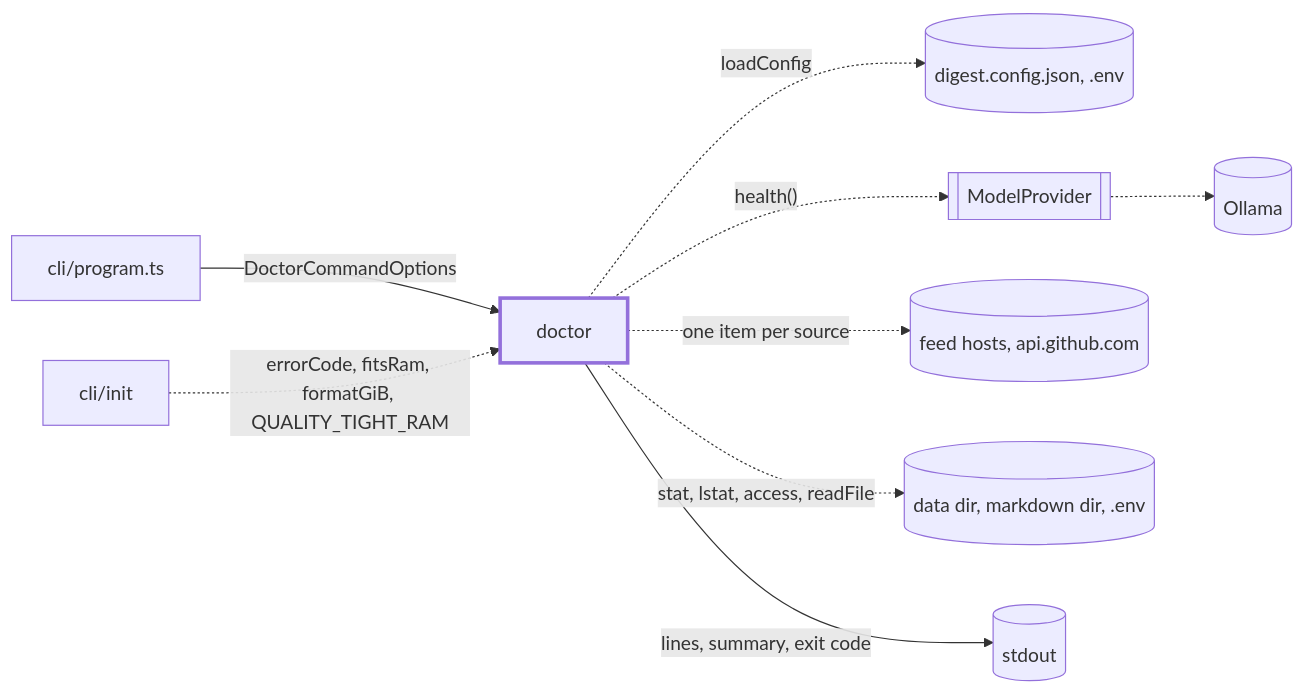
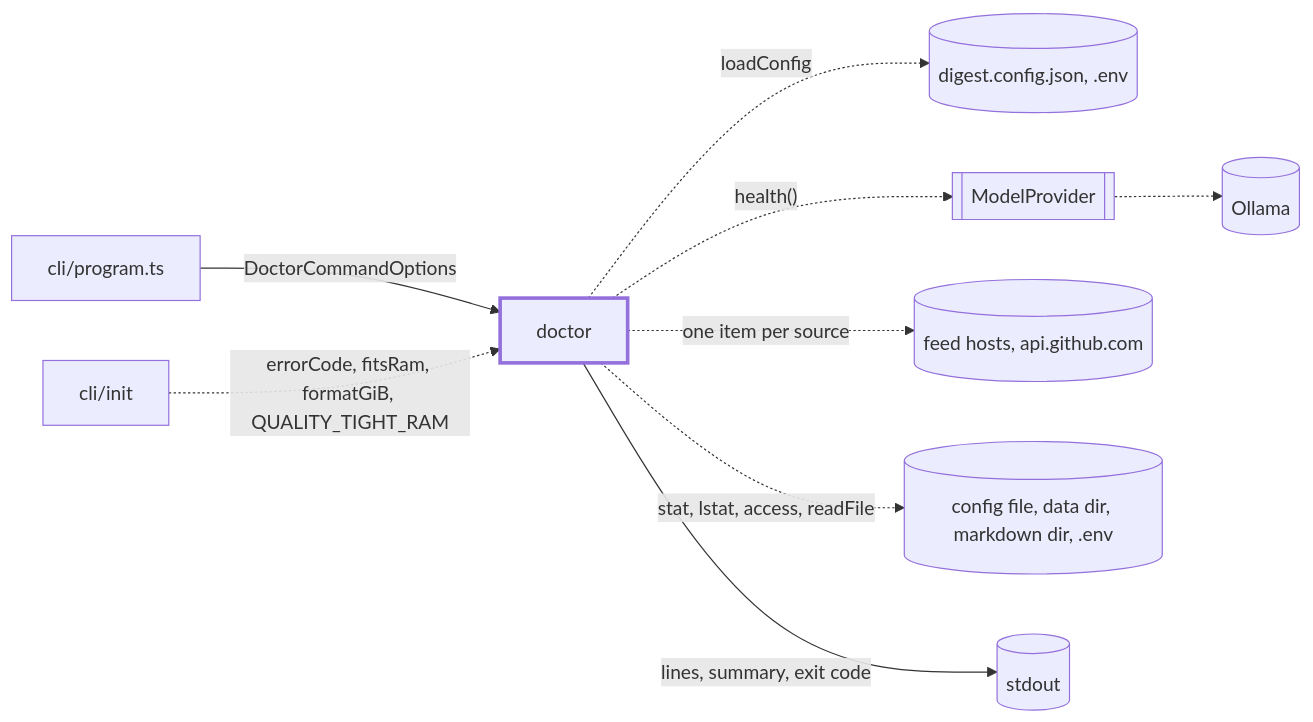
One commit to odere-pro/weekly-engineering-digest-agent changed the first of 2 diagrams in src/cli/doctor/CLAUDE.md. Above: the diagram before and after it, drawn with Mermaid. The commit also changed other lines of this file and 33 other files, not shown here.

````diff
--- a/src/cli/doctor/CLAUDE.md
+++ b/src/cli/doctor/CLAUDE.md
@@ -10,11 +10,11 @@
 ```mermaid
 flowchart LR
   program["cli/program.ts"] -->|"DoctorCommandOptions"| doctor:::focus
   doctor -.->|"loadConfig"| cfg[("digest.config.json, .env")]
   doctor -.->|"health()"| mp[[ModelProvider]] -.-> ollama[(Ollama)]
   doctor -.->|"one item per source"| feeds[("feed hosts, api.github.com")]
-  doctor -.->|"stat, lstat, access, readFile"| disk[("data dir, markdown dir, .env")]
+  doctor -.->|"stat, lstat, access, readFile"| disk[("config file, data dir, markdown dir, .env")]
   doctor -->|"lines, summary, exit code"| out[("stdout")]
   init["cli/init"] -.->|"errorCode, fitsRam, formatGiB, QUALITY_TIGHT_RAM"| doctor
   classDef focus stroke-width:3px
 ```
````
